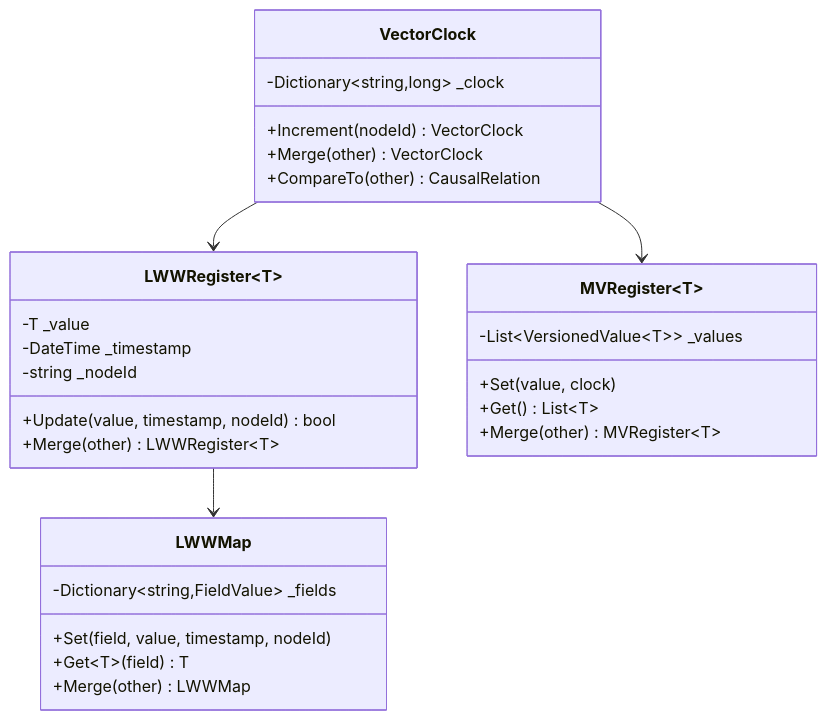
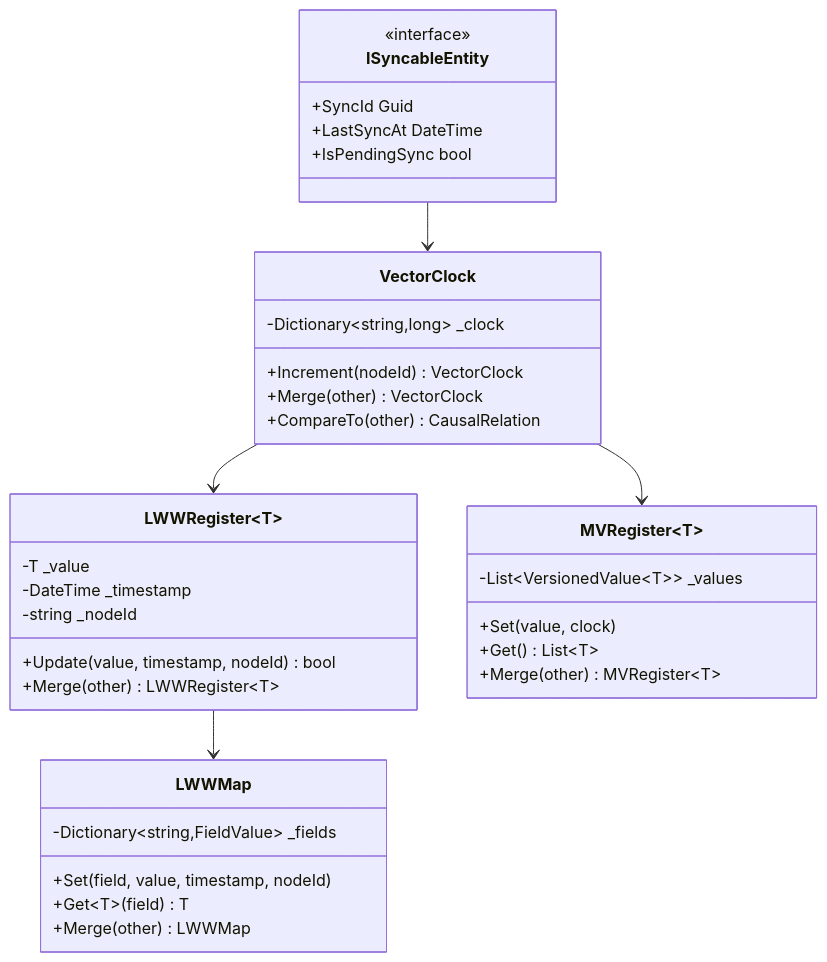
The seventh of 8 diagrams in README.md (jrjohn/arcana-windows), drawn with Mermaid before and after one commit. The commit also changed other lines of this file and 914 other files, not shown here.

````diff
--- a/README.md
+++ b/README.md
@@ -653,35 +696,43 @@
 ```mermaid
 classDiagram
     class VectorClock {
         -Dictionary~string,long~ _clock
         +Increment(nodeId) VectorClock
         +Merge(other) VectorClock
         +CompareTo(other) CausalRelation
     }
 
     class LWWRegister~T~ {
         -T _value
         -DateTime _timestamp
         -string _nodeId
         +Update(value, timestamp, nodeId) bool
         +Merge(other) LWWRegister~T~
     }
 
     class LWWMap {
         -Dictionary~string,FieldValue~ _fields
         +Set(field, value, timestamp, nodeId)
         +Get~T~(field) T
         +Merge(other) LWWMap
     }
 
     class MVRegister~T~ {
         -List~VersionedValue~T~~ _values
         +Set(value, clock)
         +Get() List~T~
         +Merge(other) MVRegister~T~
     }
 
+    class ISyncableEntity {
+        <<interface>>
+        +SyncId Guid
+        +LastSyncAt DateTime
+        +IsPendingSync bool
+    }
+
     VectorClock --> LWWRegister
     VectorClock --> MVRegister
     LWWRegister --> LWWMap
+    ISyncableEntity --> VectorClock
 ```
````
